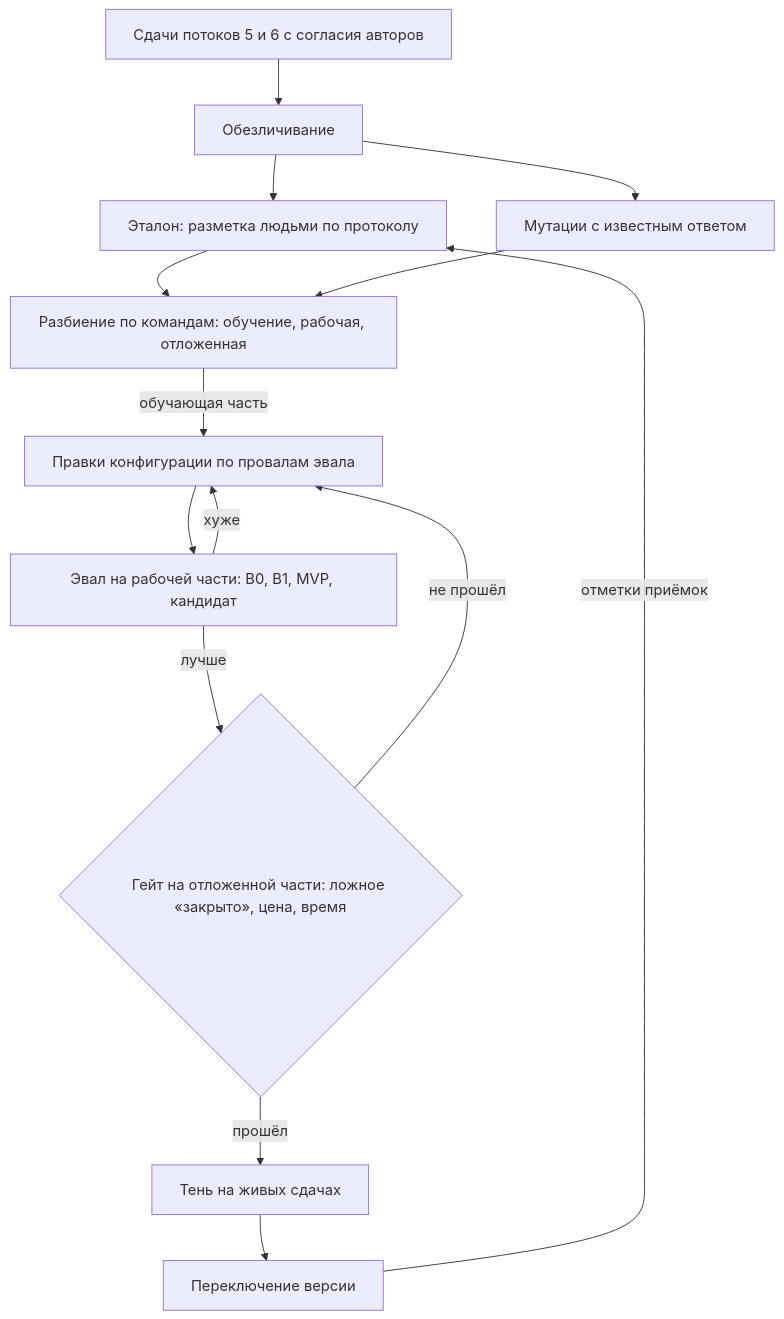
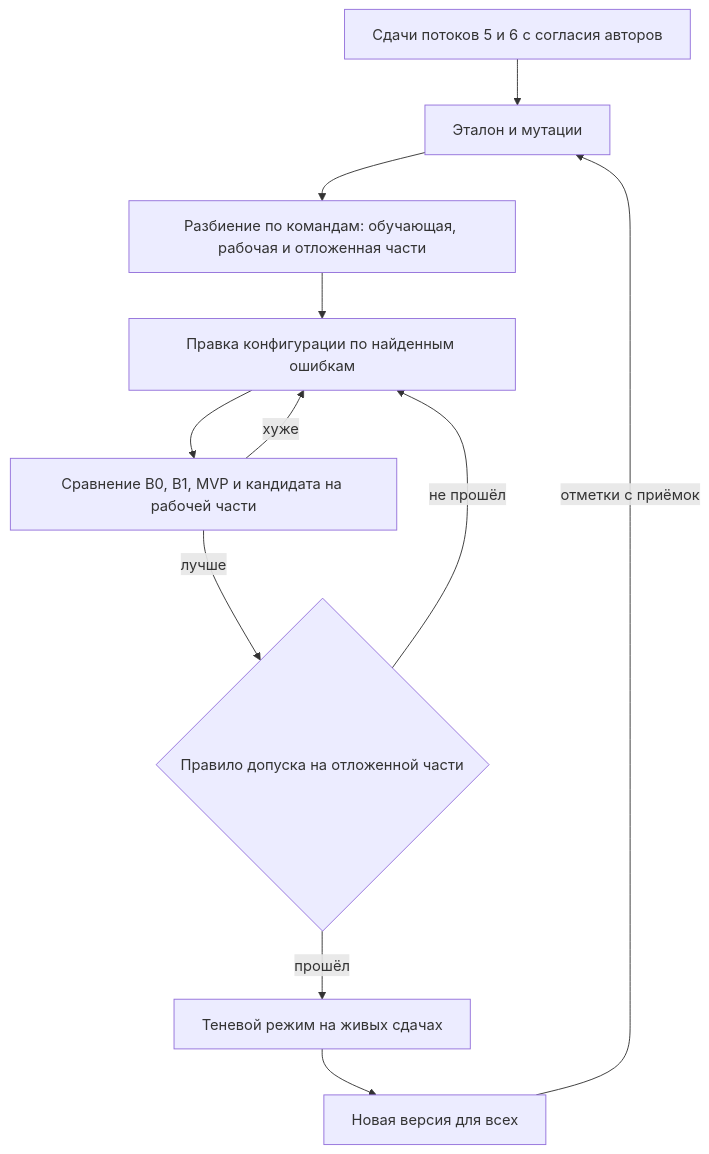
The fifth of 5 diagrams in docs/ml_system_design_doc.md (ChS23/mlsd-judge), drawn with Mermaid before and after one commit. The commit also changed other lines of this file and 5 other files, not shown here.

````diff
--- a/docs/ml_system_design_doc.md
+++ b/docs/ml_system_design_doc.md
@@ -447,18 +338,14 @@
 ```mermaid
 %%{init: {"flowchart": {"wrappingWidth": 360}}}%%
 flowchart TB
-    LIVE[Сдачи потоков 5 и 6 с согласия авторов] --> ANON[Обезличивание]
-    ANON --> GOLD[Эталон: разметка людьми по протоколу]
-    ANON --> MUT[Мутации с известным ответом]
-    GOLD --> SPLIT[Разбиение по командам: обучение, рабочая, отложенная]
-    MUT --> SPLIT
-
-    SPLIT -->|обучающая часть| TUNE[Правки конфигурации по провалам эвала]
-    TUNE --> EVAL[Эвал на рабочей части: B0, B1, MVP, кандидат]
+    LIVE[Сдачи потоков 5 и 6 с согласия авторов] --> GOLD[Эталон и мутации]
+    GOLD --> SPLIT[Разбиение по командам: обучающая, рабочая и отложенная части]
+    SPLIT --> TUNE[Правка конфигурации по найденным ошибкам]
+    TUNE --> EVAL[Сравнение B0, B1, MVP и кандидата на рабочей части]
     EVAL -->|хуже| TUNE
-    EVAL -->|лучше| GATE{Гейт на отложенной части: ложное «закрыто», цена, время}
+    EVAL -->|лучше| GATE{Правило допуска на отложенной части}
     GATE -->|не прошёл| TUNE
-    GATE -->|прошёл| SHADOW[Тень на живых сдачах]
-    SHADOW --> SWITCH[Переключение версии]
-    SWITCH -->|отметки приёмок| GOLD
+    GATE -->|прошёл| SHADOW[Теневой режим на живых сдачах]
+    SHADOW --> SWITCH[Новая версия для всех]
+    SWITCH -->|отметки с приёмок| GOLD
 ```
````
